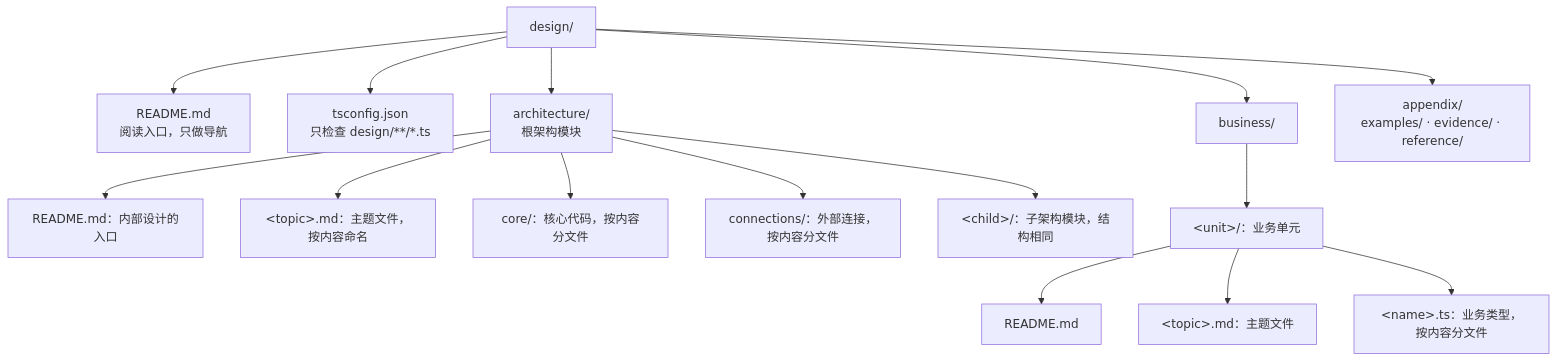
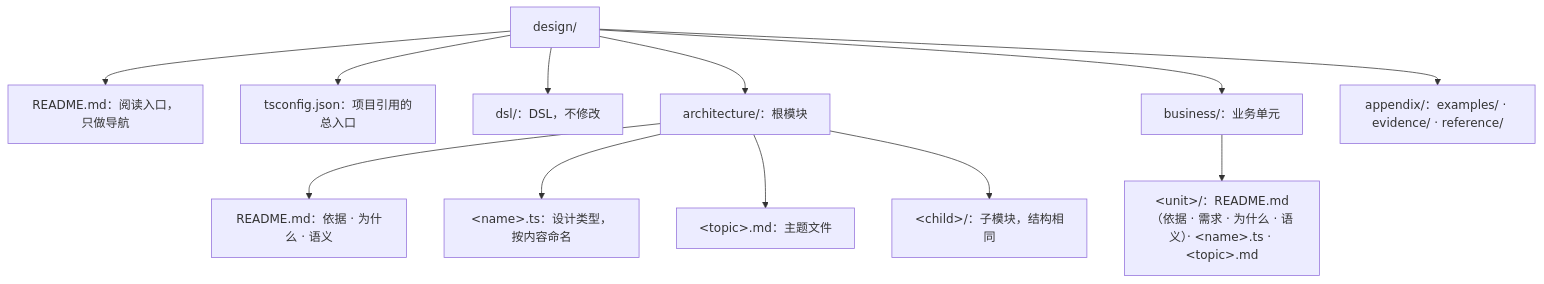
Before and after one commit to mouriya-s-lab/SSoT: the second of 2 diagrams in skills/software-design/SKILL.md, drawn with Mermaid. The commit also changed other lines of this file and 7 other files, not shown here.

Commit message:
software-design: write designs in a TypeScript design DSL; graph export and graph checks

````diff
--- a/skills/software-design/SKILL.md
+++ b/skills/software-design/SKILL.md
@@ -251,18 +212,15 @@
 ```mermaid
 flowchart TB
     D["design/"]
-    D --> R["README.md<br/>阅读入口，只做导航"]
-    D --> TS["tsconfig.json<br/>只检查 design/**/*.ts"]
-    D --> A["architecture/<br/>根架构模块"]
-    D --> B["business/"]
-    D --> X["appendix/<br/>examples/ · evidence/ · reference/"]
-    A --> AR["README.md：内部设计的入口"]
-    A --> AT["&lt;topic&gt;.md：主题文件，按内容命名"]
-    A --> AC["core/：核心代码，按内容分文件"]
-    A --> AX["connections/：外部连接，按内容分文件"]
-    A --> AK["&lt;child&gt;/：子架构模块，结构相同"]
-    B --> BU["&lt;unit&gt;/：业务单元"]
-    BU --> BR["README.md"]
-    BU --> BP["&lt;topic&gt;.md：主题文件"]
-    BU --> BT["&lt;name&gt;.ts：业务类型，按内容分文件"]
+    D --> R["README.md：阅读入口，只做导航"]
+    D --> TS["tsconfig.json：项目引用的总入口"]
+    D --> L["dsl/：DSL，不修改"]
+    D --> A["architecture/：根模块"]
+    D --> B["business/：业务单元"]
+    D --> X["appendix/：examples/ · evidence/ · reference/"]
+    A --> AR["README.md：依据 · 为什么 · 语义"]
+    A --> AT["&lt;name&gt;.ts：设计类型，按内容命名"]
+    A --> AP["&lt;topic&gt;.md：主题文件"]
+    A --> AK["&lt;child&gt;/：子模块，结构相同"]
+    B --> BU["&lt;unit&gt;/：README.md（依据 · 需求 · 为什么 · 语义）· &lt;name&gt;.ts · &lt;topic&gt;.md"]
 ```
````
